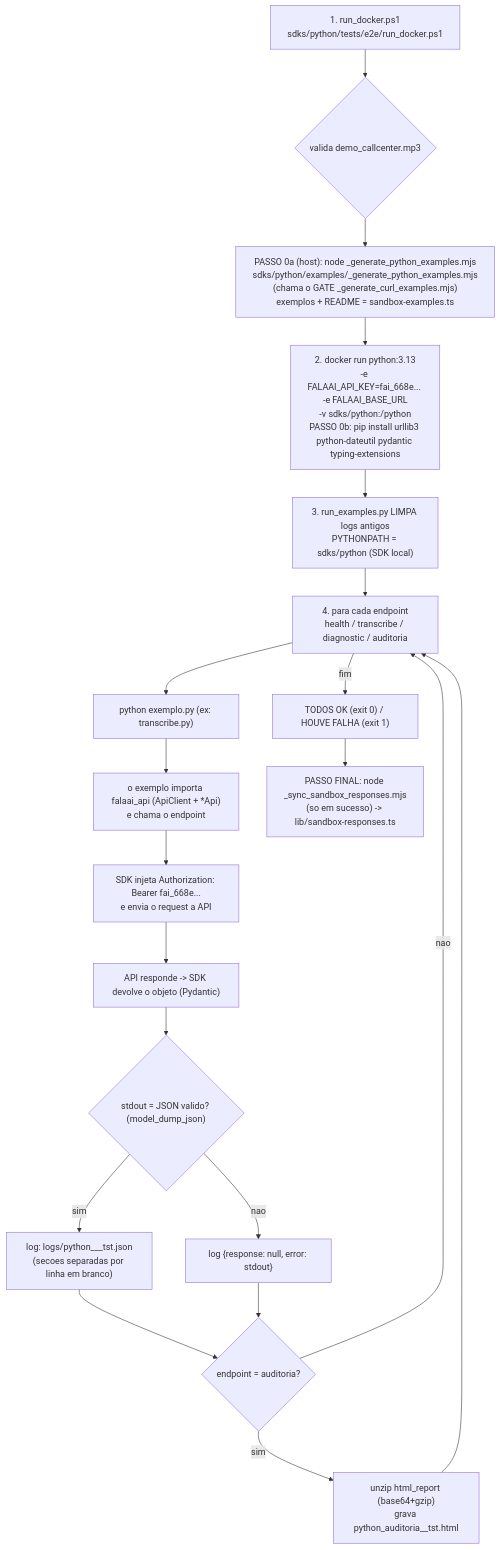
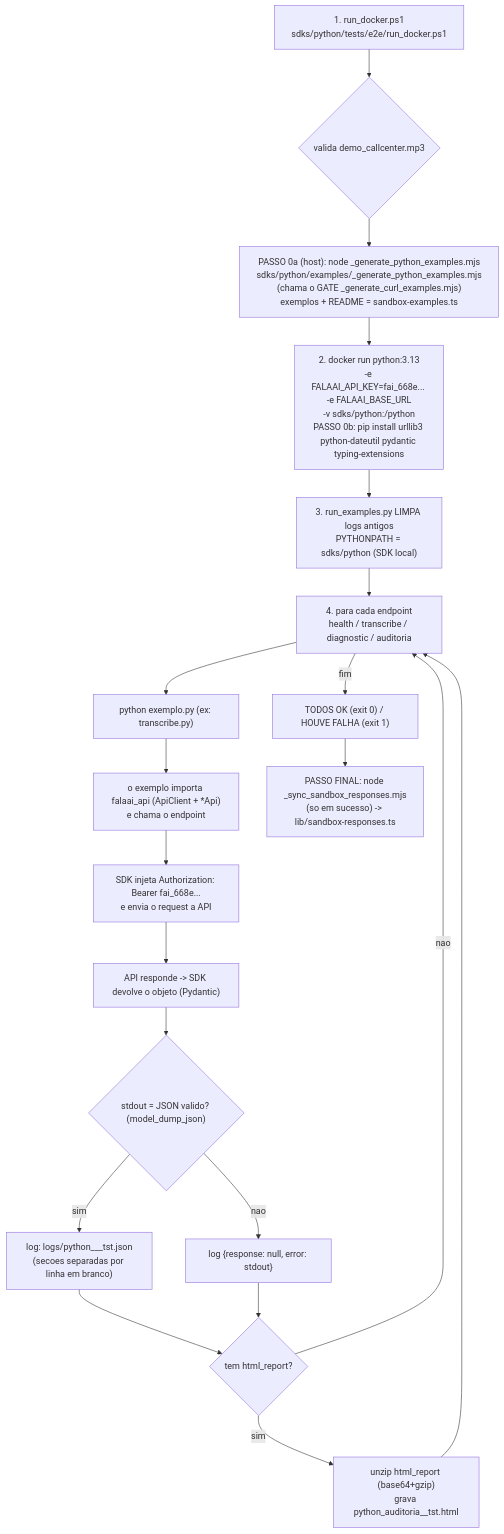
One commit to ActionTecBr/falaai-api-python changed the diagram in examples/_FLUXO_TESTE_SDK_PYTHON.md. Above: the diagram before and after it, drawn with Mermaid. The commit also changed other lines of this file and 116 other files, not shown here.

````diff
--- a/examples/_FLUXO_TESTE_SDK_PYTHON.md
+++ b/examples/_FLUXO_TESTE_SDK_PYTHON.md
@@ -32,22 +32,22 @@
 ```mermaid
 flowchart TD
     A["1. run_docker.ps1<br/>sdks/python/tests/e2e/run_docker.ps1"] --> B{"valida demo_callcenter.mp3"}
     B --> P0a["PASSO 0a (host): node _generate_python_examples.mjs<br/>sdks/python/examples/_generate_python_examples.mjs<br/>(chama o GATE _generate_curl_examples.mjs)<br/>exemplos + README = sandbox-examples.ts"]
     P0a --> C["2. docker run python:3.13<br/>-e FALAAI_API_KEY=fai_668e... -e FALAAI_BASE_URL<br/>-v sdks/python:/python<br/>PASSO 0b: pip install urllib3 python-dateutil pydantic typing-extensions"]
     C --> D["3. run_examples.py LIMPA logs antigos<br/>PYTHONPATH = sdks/python (SDK local)"]
     D --> E["4. para cada endpoint<br/>health / transcribe / diagnostic / auditoria"]
     E --> F["python exemplo.py (ex: transcribe.py)"]
     F --> G["o exemplo importa falaai_api (ApiClient + *Api)<br/>e chama o endpoint"]
     G --> H["SDK injeta Authorization: Bearer fai_668e...<br/>e envia o request a API"]
     H --> I["API responde -> SDK devolve o objeto (Pydantic)"]
     I --> J{"stdout = JSON valido? (model_dump_json)"}
     J -- "sim" --> K["log: logs/python_<endpoint>_<ts>_tst.json<br/>(secoes separadas por linha em branco)"]
     J -- "nao" --> L["log {response: null, error: stdout}"]
-    K --> M{"endpoint = auditoria?"}
+    K --> M{"tem html_report?"}
     L --> M
     M -- "sim" --> N["unzip html_report (base64+gzip)<br/>grava python_auditoria_<ts>_tst.html"]
     M -- "nao" --> E
     N --> E
     E -- "fim" --> O["TODOS OK (exit 0) / HOUVE FALHA (exit 1)"]
     O --> P["PASSO FINAL: node _sync_sandbox_responses.mjs<br/>(so em sucesso) -> lib/sandbox-responses.ts"]
 ```
````
